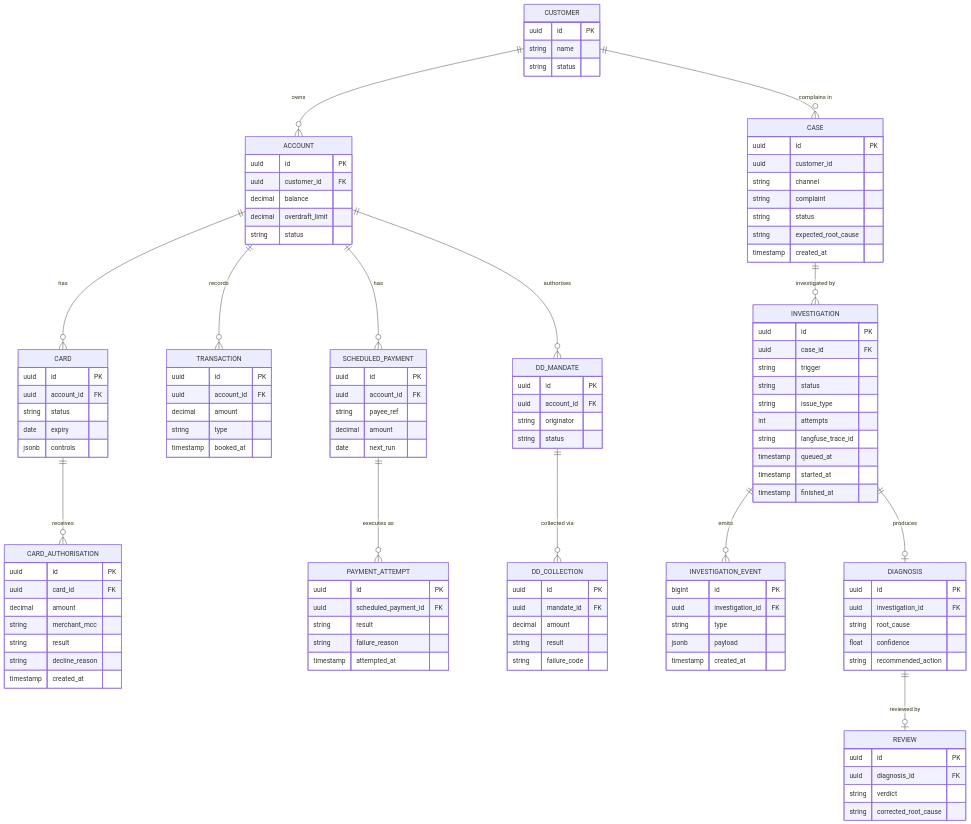
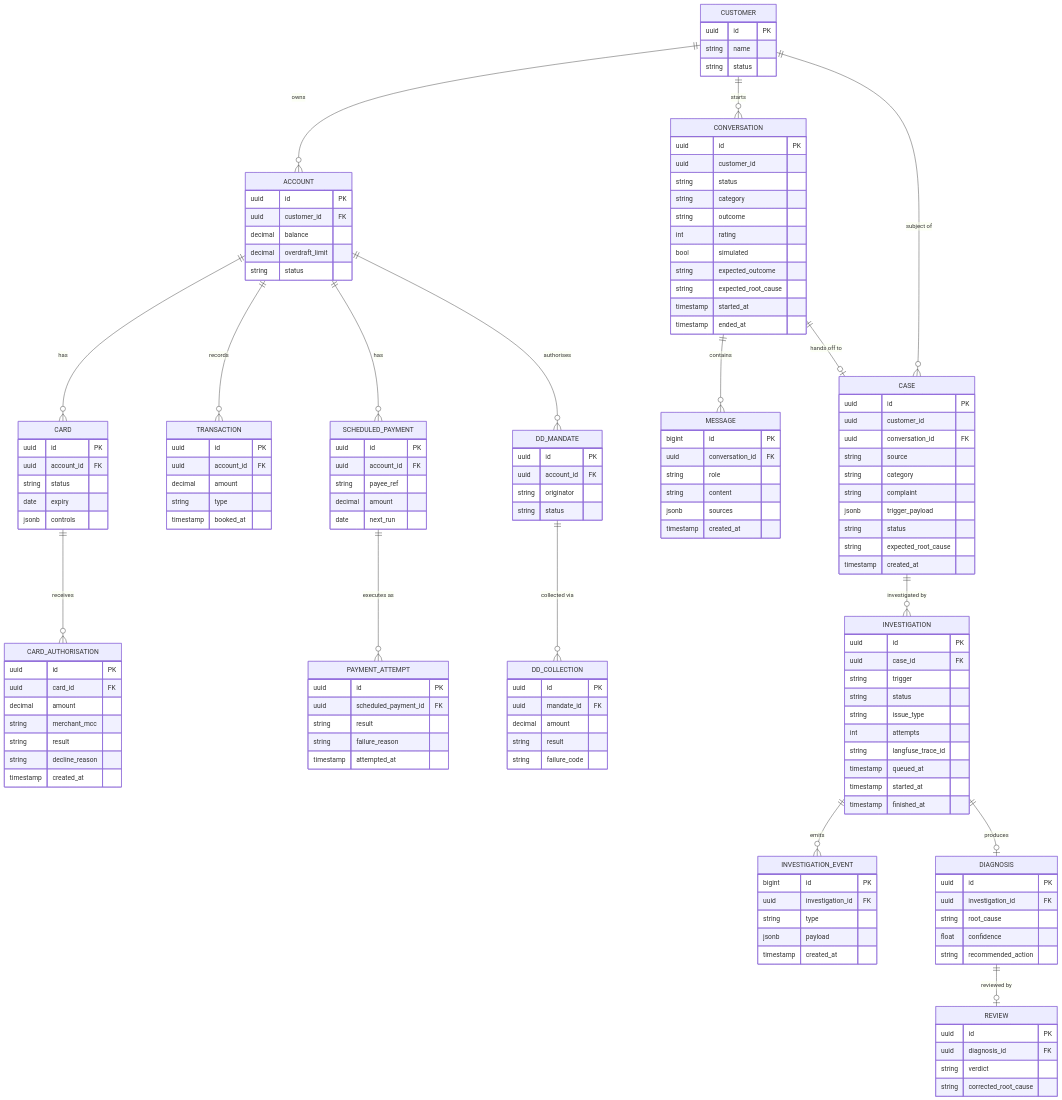
One commit to babicmilan999/claude-poc changed the ninth of 12 diagrams in docs/architecture.md. Above: the diagram before and after it, drawn with Mermaid. The commit also changed other lines of this file, not shown here.

First line of the commit message:
Add in-app customer assistant to architecture design

```diff
--- a/docs/architecture.md
+++ b/docs/architecture.md
@@ -333,7 +462,10 @@
     ACCOUNT ||--o{ DD_MANDATE : authorises
     DD_MANDATE ||--o{ DD_COLLECTION : "collected via"
 
-    CUSTOMER ||--o{ CASE : "complains in"
+    CUSTOMER ||--o{ CONVERSATION : starts
+    CONVERSATION ||--o{ MESSAGE : contains
+    CONVERSATION ||--o| CASE : "hands off to"
+    CUSTOMER ||--o{ CASE : "subject of"
     CASE ||--o{ INVESTIGATION : "investigated by"
     INVESTIGATION ||--o{ INVESTIGATION_EVENT : emits
     INVESTIGATION ||--o| DIAGNOSIS : produces
@@ -401,11 +533,35 @@
         string type
         timestamp booked_at
     }
+    CONVERSATION {
+        uuid id PK
+        uuid customer_id
+        string status
+        string category
+        string outcome
+        int rating
+        bool simulated
+        string expected_outcome
+        string expected_root_cause
+        timestamp started_at
+        timestamp ended_at
+    }
+    MESSAGE {
+        bigint id PK
+        uuid conversation_id FK
+        string role
+        string content
+        jsonb sources
+        timestamp created_at
+    }
     CASE {
         uuid id PK
         uuid customer_id
-        string channel
+        uuid conversation_id FK
+        string source
+        string category
         string complaint
+        jsonb trigger_payload
         string status
         string expected_root_cause
         timestamp created_at
```
